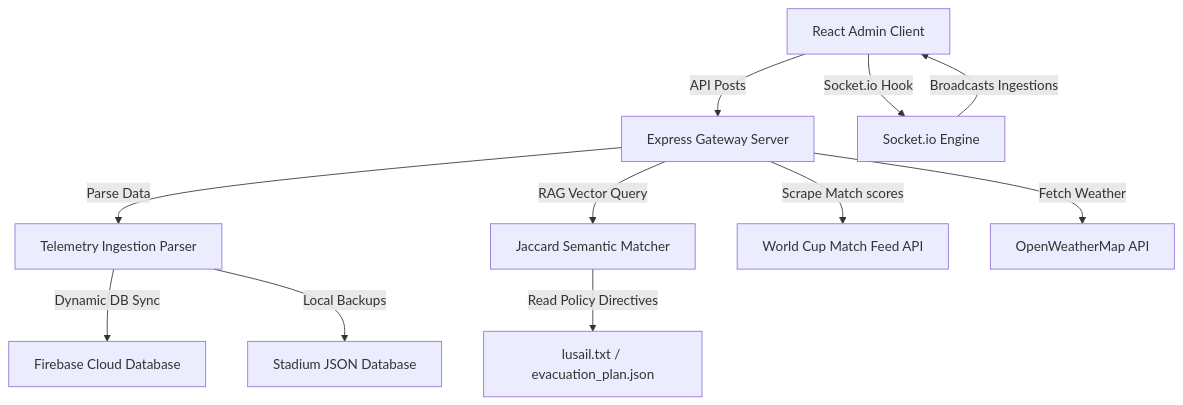
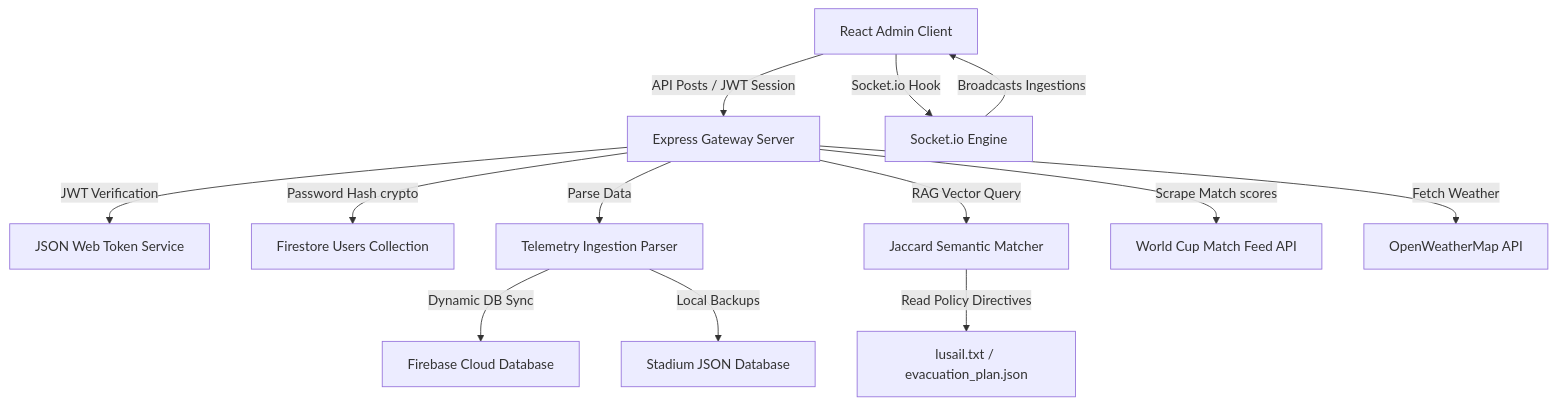
The diagram in README.md (Kubojah-Dan/VenueOS-AI), drawn with Mermaid before and after one commit. The commit also changed other lines of this file and 10 other files, not shown here.

Commit message:
Security: integrated JWT user registration and login session validation, Google SSO, token route guards, and updated Landing dashboard simulator

````diff
--- a/README.md
+++ b/README.md
@@ -11,22 +11,26 @@
 ```mermaid
 graph TD
     %% Clients
-    Browser[React Admin Client] -->|API Posts| Server[Express Gateway Server]
+    Browser[React Admin Client] -->|API Posts / JWT Session| Server[Express Gateway Server]
     Browser -->|Socket.io Hook| Socket[Socket.io Engine]
+    
+    %% Authentication
+    Server -->|JWT Verification| JWT[JSON Web Token Service]
+    Server -->|Password Hash crypto| AuthDB[Firestore Users Collection]
     
     %% Ingestions
     Server -->|Parse Data| Ingest[Telemetry Ingestion Parser]
     Ingest -->|Dynamic DB Sync| Firestore[Firebase Cloud Database]
     Ingest -->|Local Backups| JSONDB[Stadium JSON Database]
     
     %% RAG Brains
     Server -->|RAG Vector Query| RAG[Jaccard Semantic Matcher]
     RAG -->|Read Policy Directives| IngestDocs[lusail.txt / evacuation_plan.json]
     
     %% Live Feeds
     Server -->|Scrape Match scores| WorldCupAPI[World Cup Match Feed API]
     Server -->|Fetch Weather| WeatherAPI[OpenWeatherMap API]
 
     %% Real-time Sync
     Socket -->|Broadcasts Ingestions| Browser
 ```
````
